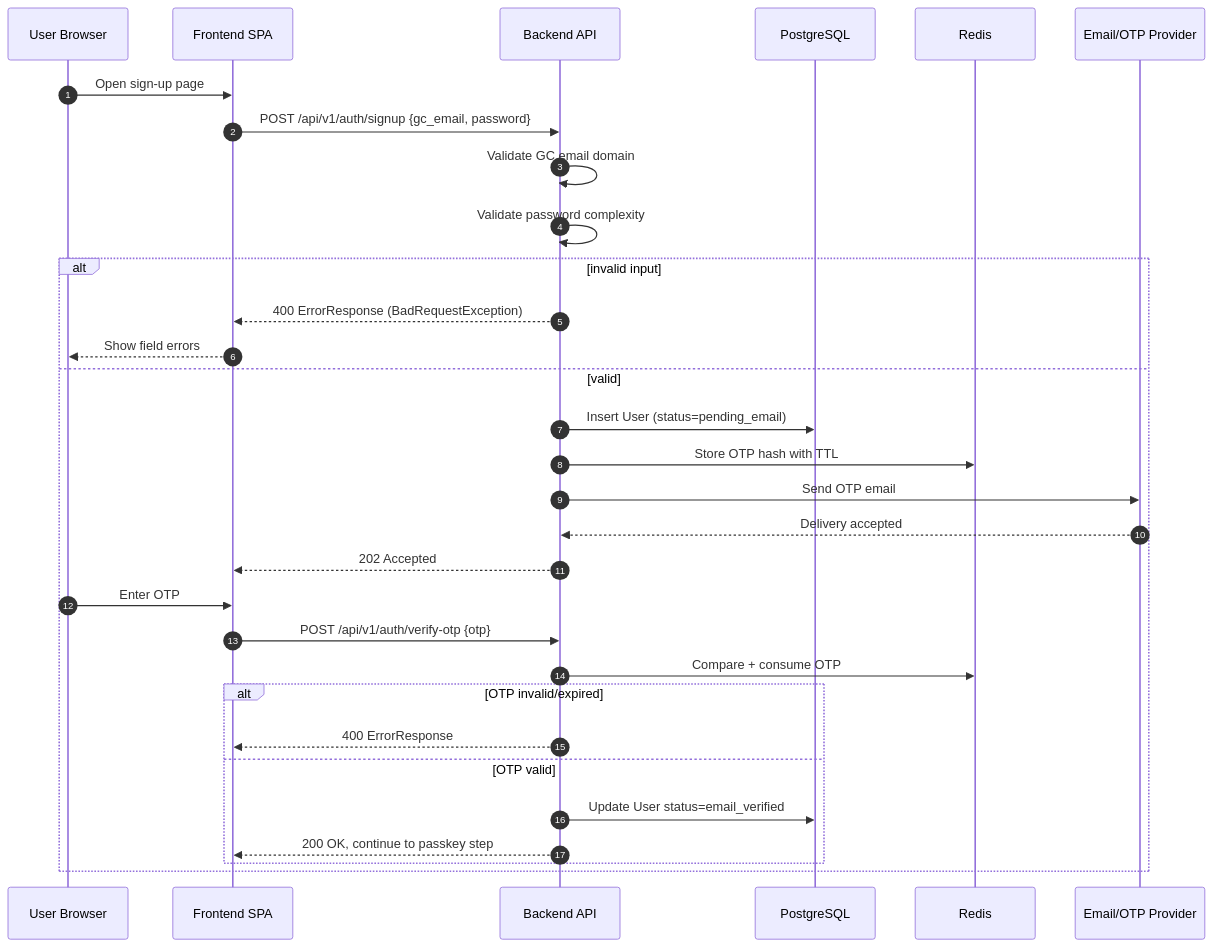
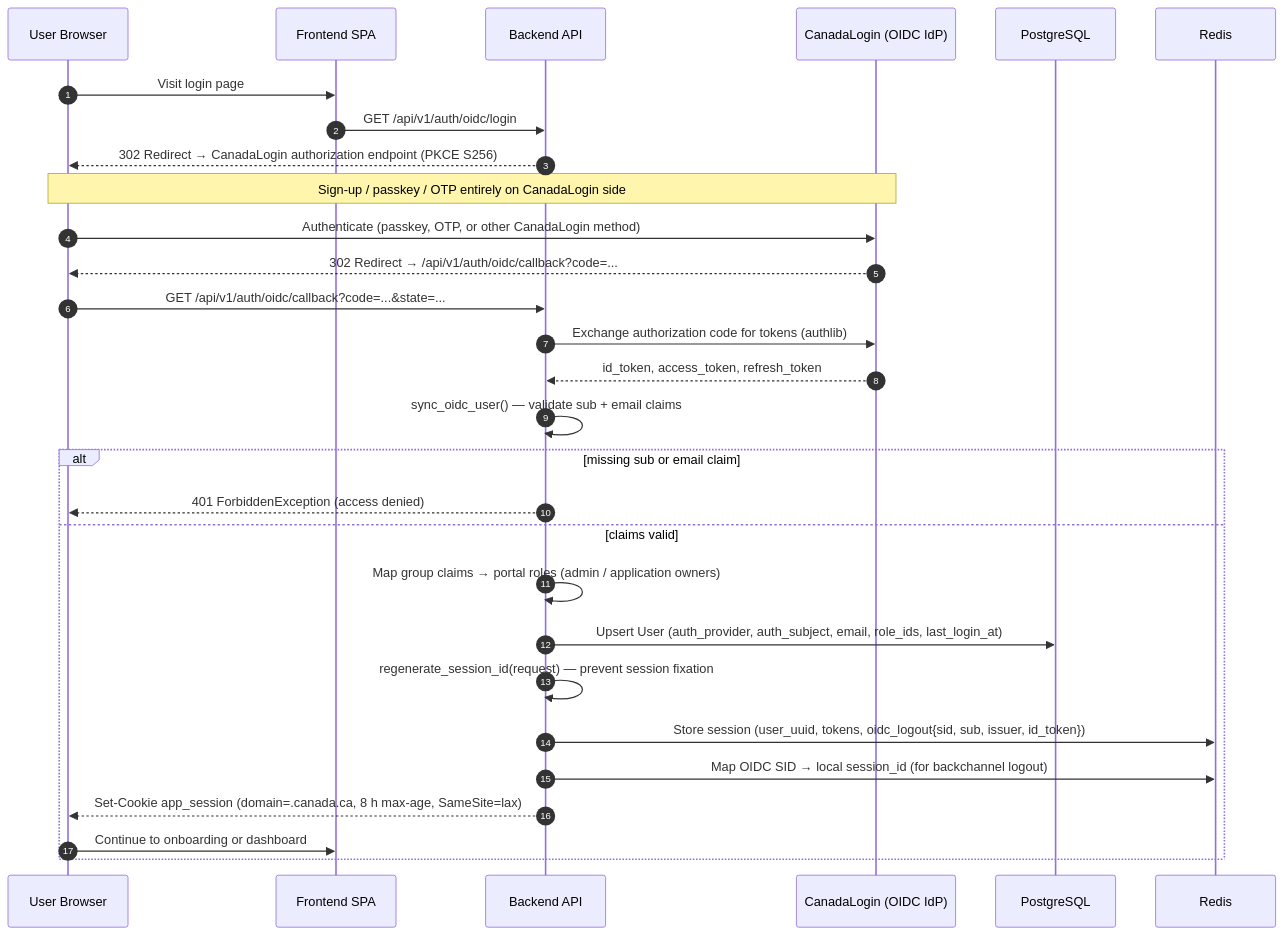
Before and after one commit to cds-snc/canadalogin-partner-portal: the second of 13 diagrams in docs/plans/partner-portal-mvp-data-flows.md, drawn with Mermaid. The commit also changed other lines of this file and 1 other file, not shown here.

Commit message:
mvp architecture doc update (#93)

````diff
--- a/docs/plans/partner-portal-mvp-data-flows.md
+++ b/docs/plans/partner-portal-mvp-data-flows.md
@@ -53,34 +52,32 @@
 ```mermaid
 sequenceDiagram
     autonumber
     participant U as User Browser
     participant FE as Frontend SPA
     participant BE as Backend API
+    participant CL as CanadaLogin (OIDC IdP)
     participant DB as PostgreSQL
     participant R as Redis
-    participant N as Email/OTP Provider
 
-    U->>FE: Open sign-up page
-    FE->>BE: POST /api/v1/auth/signup {gc_email, password}
-    BE->>BE: Validate GC email domain
-    BE->>BE: Validate password complexity
-    alt invalid input
-        BE-->>FE: 400 ErrorResponse (BadRequestException)
-        FE-->>U: Show field errors
-    else valid
-        BE->>DB: Insert User (status=pending_email)
-        BE->>R: Store OTP hash with TTL
-        BE->>N: Send OTP email
-        N-->>BE: Delivery accepted
-        BE-->>FE: 202 Accepted
-        U->>FE: Enter OTP
-        FE->>BE: POST /api/v1/auth/verify-otp {otp}
-        BE->>R: Compare + consume OTP
-        alt OTP invalid/expired
-            BE-->>FE: 400 ErrorResponse
-        else OTP valid
-            BE->>DB: Update User status=email_verified
-            BE-->>FE: 200 OK, continue to passkey step
-        end
+    U->>FE: Visit login page
+    FE->>BE: GET /api/v1/auth/oidc/login
+    BE-->>U: 302 Redirect → CanadaLogin authorization endpoint (PKCE S256)
+    Note over U,CL: Sign-up / passkey / OTP entirely on CanadaLogin side
+    U->>CL: Authenticate (passkey, OTP, or other CanadaLogin method)
+    CL-->>U: 302 Redirect → /api/v1/auth/oidc/callback?code=...
+    U->>BE: GET /api/v1/auth/oidc/callback?code=...&state=...
+    BE->>CL: Exchange authorization code for tokens (authlib)
+    CL-->>BE: id_token, access_token, refresh_token
+    BE->>BE: sync_oidc_user() — validate sub + email claims
+    alt missing sub or email claim
+        BE-->>U: 401 ForbiddenException (access denied)
+    else claims valid
+        BE->>BE: Map group claims → portal roles (admin / application owners)
+        BE->>DB: Upsert User (auth_provider, auth_subject, email, role_ids, last_login_at)
+        BE->>BE: regenerate_session_id(request) — prevent session fixation
+        BE->>R: Store session (user_uuid, tokens, oidc_logout{sid, sub, issuer, id_token})
+        BE->>R: Map OIDC SID → local session_id (for backchannel logout)
+        BE-->>U: Set-Cookie app_session (domain=.canada.ca, 8 h max-age, SameSite=lax)
+        U->>FE: Continue to onboarding or dashboard
     end
 ```
````
